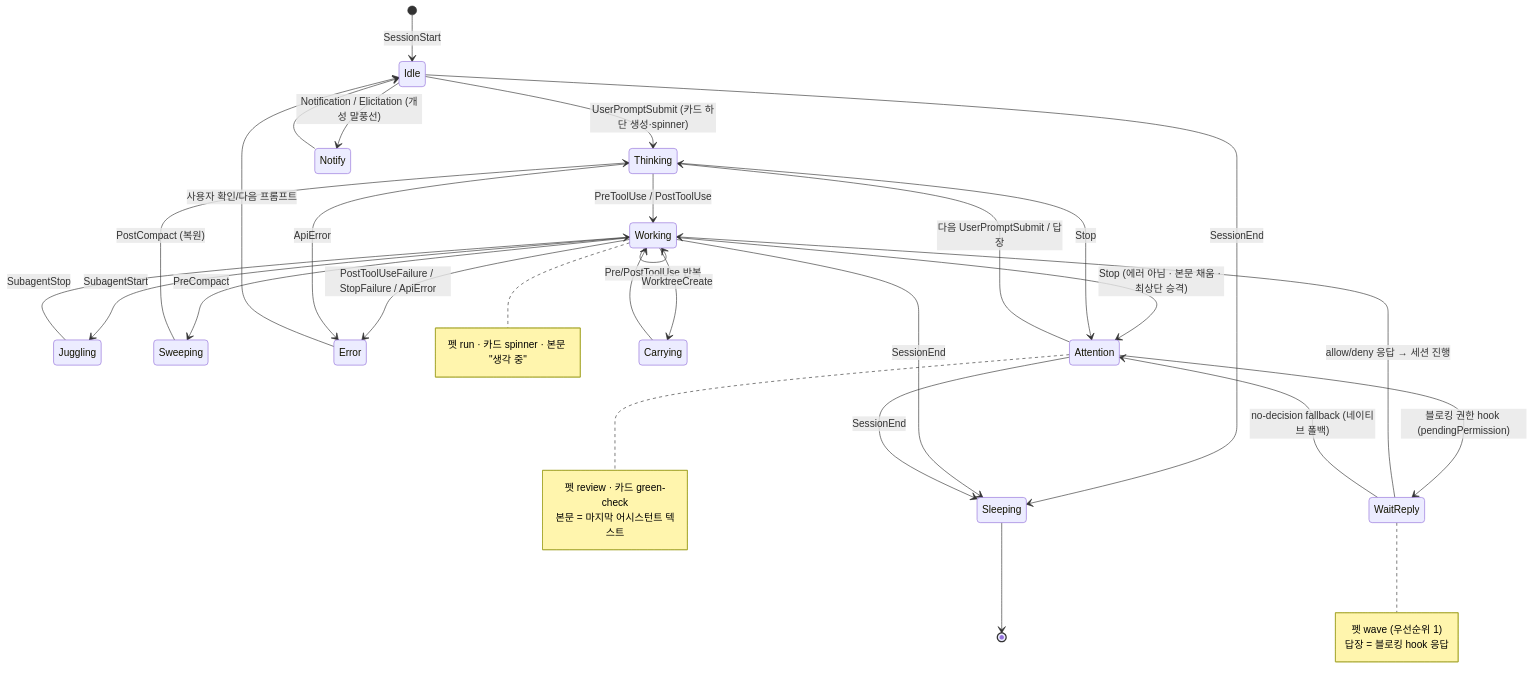
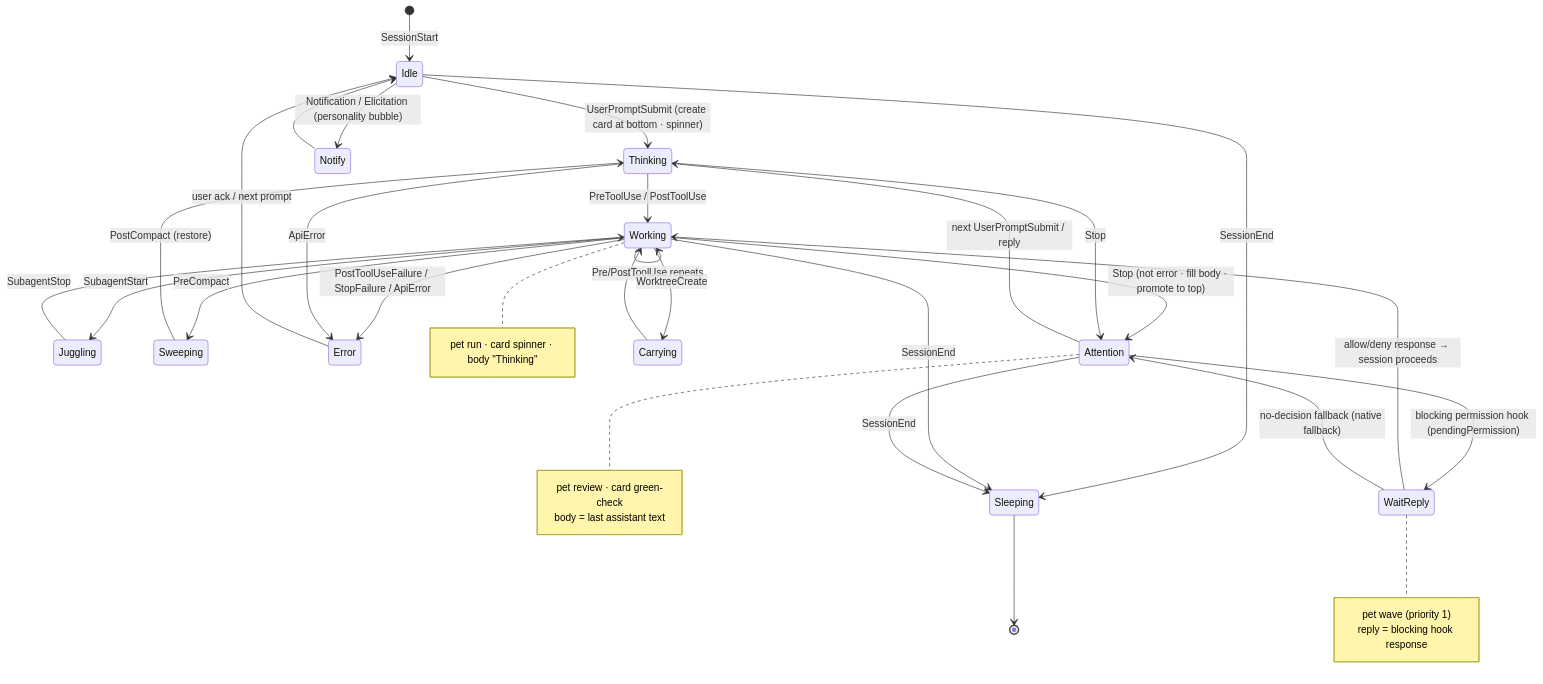
Before and after one commit to amsminn/Claude-Pet: the third of 4 diagrams in docs/03-state-engine/state-machine.md, drawn with Mermaid. The commit also changed other lines of this file and 48 other files, not shown here.

````diff
--- a/docs/03-state-engine/state-machine.md
+++ b/docs/03-state-engine/state-machine.md
@@ -266,45 +266,45 @@
 ```mermaid
 stateDiagram-v2
     [*] --> Idle: SessionStart
-    Idle --> Thinking: UserPromptSubmit (카드 하단 생성·spinner)
+    Idle --> Thinking: UserPromptSubmit (create card at bottom · spinner)
     Thinking --> Working: PreToolUse / PostToolUse
-    Working --> Working: Pre/PostToolUse 반복
+    Working --> Working: Pre/PostToolUse repeats
     Working --> Juggling: SubagentStart
     Juggling --> Working: SubagentStop
     Working --> Sweeping: PreCompact
-    Sweeping --> Thinking: PostCompact (복원)
+    Sweeping --> Thinking: PostCompact (restore)
 
     Working --> Error: PostToolUseFailure / StopFailure / ApiError
     Thinking --> Error: ApiError
-    Error --> Idle: 사용자 확인/다음 프롬프트
+    Error --> Idle: user ack / next prompt
 
-    Working --> Attention: Stop (에러 아님 · 본문 채움 · 최상단 승격)
+    Working --> Attention: Stop (not error · fill body · promote to top)
     Thinking --> Attention: Stop
-    Attention --> Thinking: 다음 UserPromptSubmit / 답장
+    Attention --> Thinking: next UserPromptSubmit / reply
 
-    Attention --> WaitReply: 블로킹 권한 hook (pendingPermission)
-    WaitReply --> Working: allow/deny 응답 → 세션 진행
-    WaitReply --> Attention: no-decision fallback (네이티브 폴백)
+    Attention --> WaitReply: blocking permission hook (pendingPermission)
+    WaitReply --> Working: allow/deny response → session proceeds
+    WaitReply --> Attention: no-decision fallback (native fallback)
 
-    Idle --> Notify: Notification / Elicitation (개성 말풍선)
+    Idle --> Notify: Notification / Elicitation (personality bubble)
     Notify --> Idle
     Working --> Carrying: WorktreeCreate
     Carrying --> Working
 
     Idle --> Sleeping: SessionEnd
     Working --> Sleeping: SessionEnd
     Attention --> Sleeping: SessionEnd
     Sleeping --> [*]
 
     note right of WaitReply
-        펫 wave (우선순위 1)
-        답장 = 블로킹 hook 응답
+        pet wave (priority 1)
+        reply = blocking hook response
     end note
     note right of Working
-        펫 run · 카드 spinner · 본문 "생각 중"
+        pet run · card spinner · body "Thinking"
     end note
     note right of Attention
-        펫 review · 카드 green-check
-        본문 = 마지막 어시스턴트 텍스트
+        pet review · card green-check
+        body = last assistant text
     end note
 ```
````
